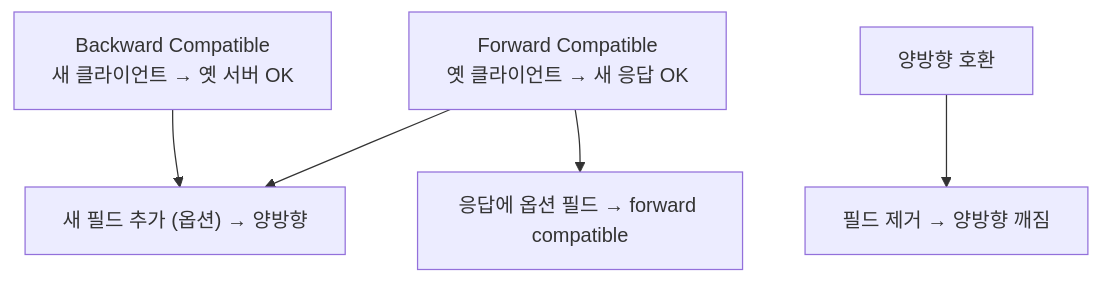
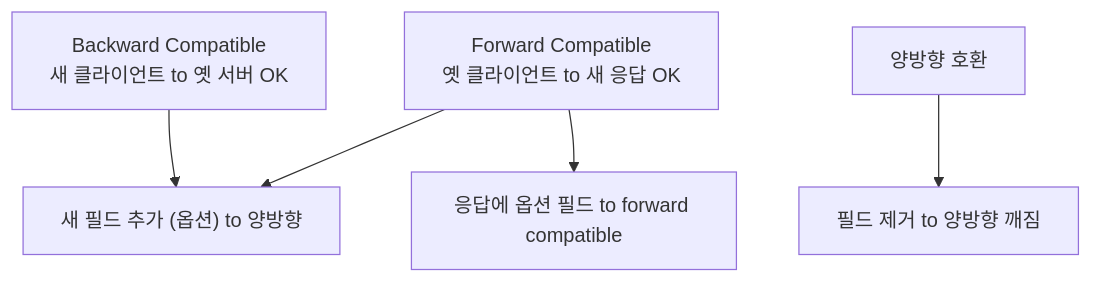
One commit to shinkeonkim/shinkeonkim.github.io changed the fourth of 4 diagrams in src/content/wiki/api-design/api-versioning.mdx. Above: the diagram before and after it, drawn with Mermaid. The commit also changed other lines of this file and 526 other files, not shown here.

First line of the commit message:
content(wiki): 전수조사 및 대규모 보강 (짧은 파일 0, mermaid +645)

````diff
--- a/src/content/wiki/api-design/api-versioning.mdx
+++ b/src/content/wiki/api-design/api-versioning.mdx
@@ -125,13 +210,13 @@
 ```mermaid
 flowchart TD
-    Forward[Forward Compatible<br/>옛 클라이언트 → 새 응답 OK]
-    Backward[Backward Compatible<br/>새 클라이언트 → 옛 서버 OK]
+    Forward["Forward Compatible<br/>옛 클라이언트 to 새 응답 OK"]
+    Backward["Backward Compatible<br/>새 클라이언트 to 옛 서버 OK"]
     Both[양방향 호환]
-    Tip1["새 필드 추가 (옵션) → 양방향"]
-    Tip2["필드 제거 → 양방향 깨짐"]
-    Tip3["응답에 옵션 필드 → forward compatible"]
+    Tip1["새 필드 추가 (옵션) to 양방향"]
+    Tip2["필드 제거 to 양방향 깨짐"]
+    Tip3["응답에 옵션 필드 to forward compatible"]
     Forward --> Tip1
     Forward --> Tip3
     Backward --> Tip1
     Both --> Tip2
 ```
````
